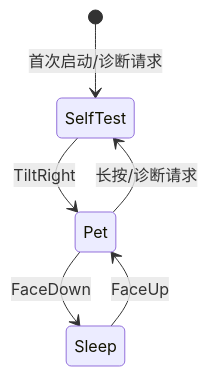
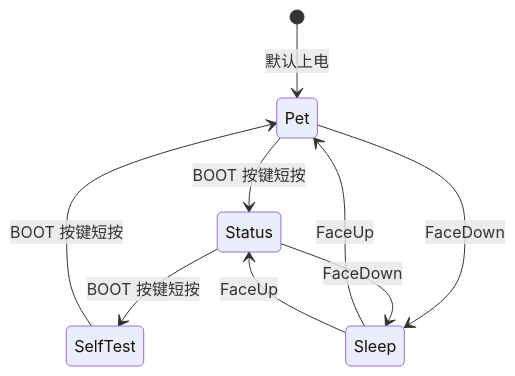
The diagram in docs/architecture/04-ui-and-graphics.md (onenewcode/digivice), drawn with Mermaid before and after one commit. The commit also changed other lines of this file and 20 other files, not shown here.

First line of the commit message:
feat(pet): optimize interaction alignment, add status card view, and remove focus timer

````diff
--- a/docs/architecture/04-ui-and-graphics.md
+++ b/docs/architecture/04-ui-and-graphics.md
@@ -144,8 +145,11 @@
 ```mermaid
 stateDiagram-v2
-    [*] --> SelfTest: 首次启动/诊断请求
-    SelfTest --> Pet: TiltRight
-    Pet --> SelfTest: 长按/诊断请求
+    [*] --> Pet: 默认上电
+    Pet --> Status: BOOT 按键短按
+    Status --> SelfTest: BOOT 按键短按
+    SelfTest --> Pet: BOOT 按键短按
     Pet --> Sleep: FaceDown
     Sleep --> Pet: FaceUp
+    Status --> Sleep: FaceDown
+    Sleep --> Status: FaceUp
 ```
````
